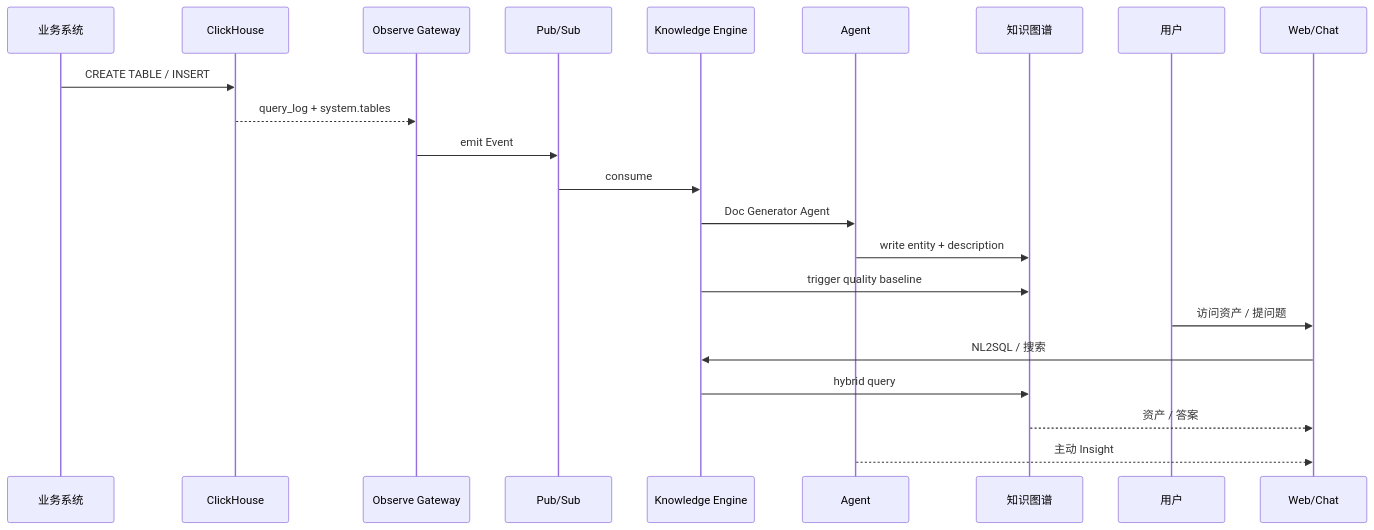
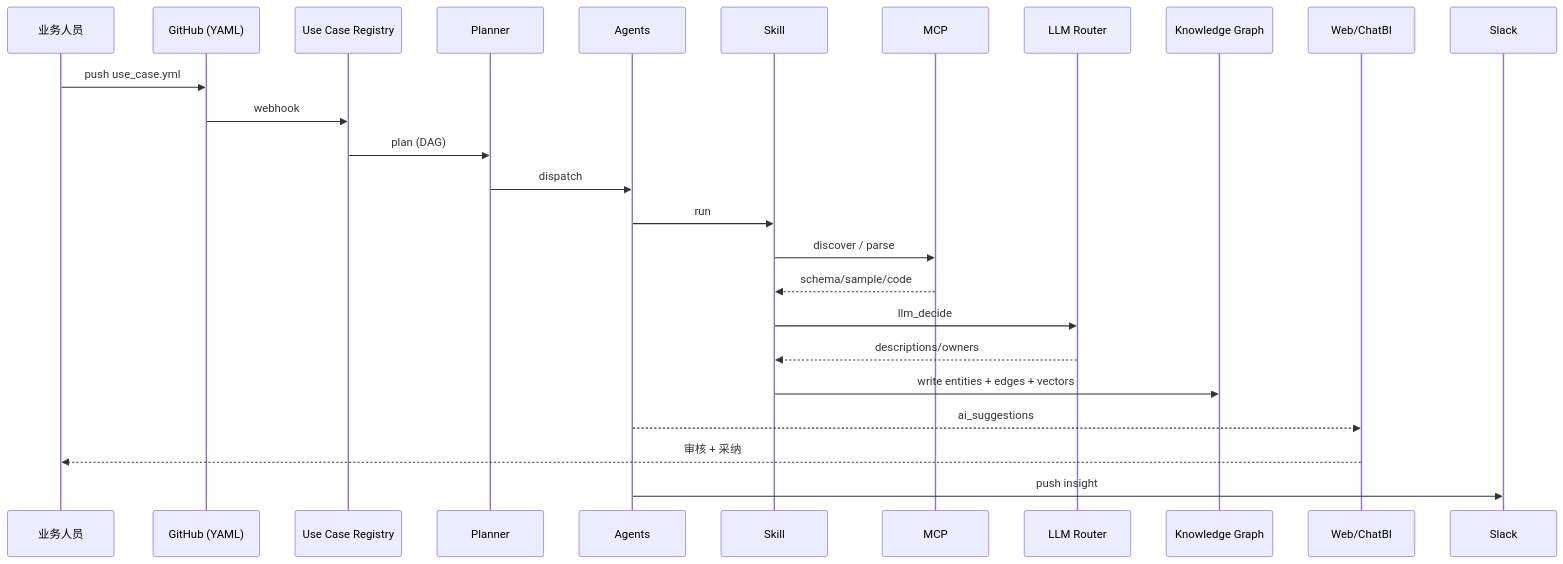
The seventh of 8 diagrams in docs/design/architecture.md (gavenlv/idm), drawn with Mermaid before and after one commit. The commit also changed other lines of this file and 92 other files, not shown here.

````diff
--- a/docs/design/architecture.md
+++ b/docs/design/architecture.md
@@ -301,25 +371,28 @@
 ```mermaid
 sequenceDiagram
-    participant App as 业务系统
-    participant CH as ClickHouse
-    participant SC as Observe Gateway
-    participant PS as Pub/Sub
-    participant KE as Knowledge Engine
-    participant AG as Agent
-    participant KG as 知识图谱
-    participant User as 用户
-    participant U as Web/Chat
+    participant U as 业务人员
+    participant GH as GitHub (YAML)
+    participant UC as Use Case Registry
+    participant PL as Planner
+    participant AG as Agents
+    participant SK as Skill
+    participant M as MCP
+    participant LR as LLM Router
+    participant KE as Knowledge Graph
+    participant W as Web/ChatBI
+    participant SL as Slack
 
-    App->>CH: CREATE TABLE / INSERT
-    CH-->>SC: query_log + system.tables
-    SC->>PS: emit Event
-    PS->>KE: consume
-    KE->>AG: Doc Generator Agent
-    AG->>KG: write entity + description
-    KE->>KG: trigger quality baseline
-    User->>U: 访问资产 / 提问题
-    U->>KE: NL2SQL / 搜索
-    KE->>KG: hybrid query
-    KG-->>U: 资产 / 答案
-    AG-->>U: 主动 Insight
+    U->>GH: push use_case.yml
+    GH->>UC: webhook
+    UC->>PL: plan (DAG)
+    PL->>AG: dispatch
+    AG->>SK: run
+    SK->>M: discover / parse
+    M-->>SK: schema/sample/code
+    SK->>LR: llm_decide
+    LR-->>SK: descriptions/owners
+    SK->>KE: write entities + edges + vectors
+    AG-->>W: ai_suggestions
+    W-->>U: 审核 + 采纳
+    AG->>SL: push insight
 ```
````
